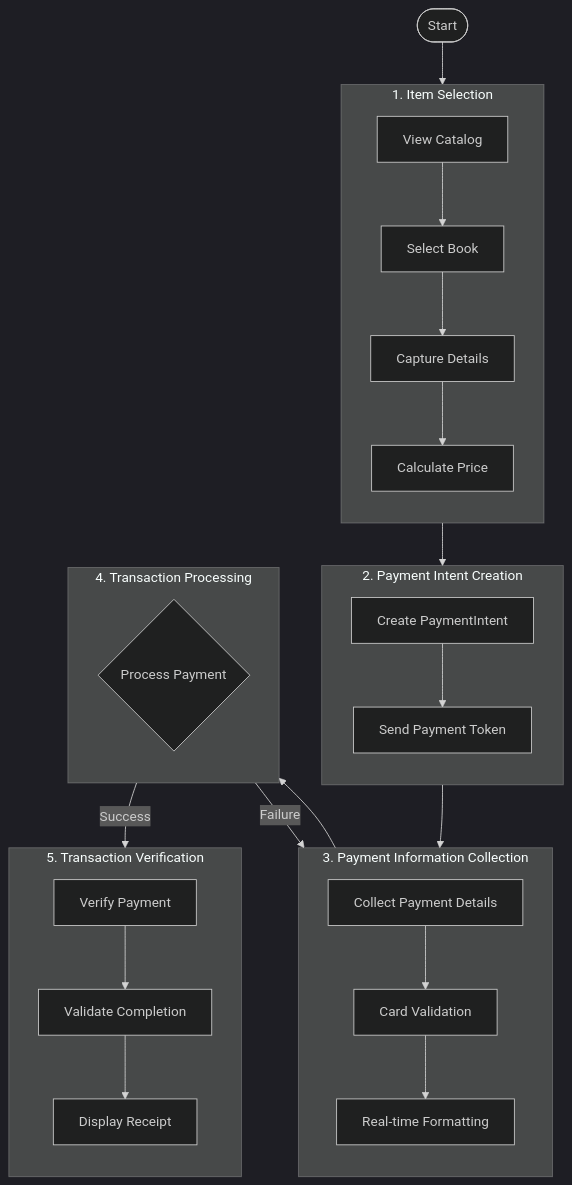
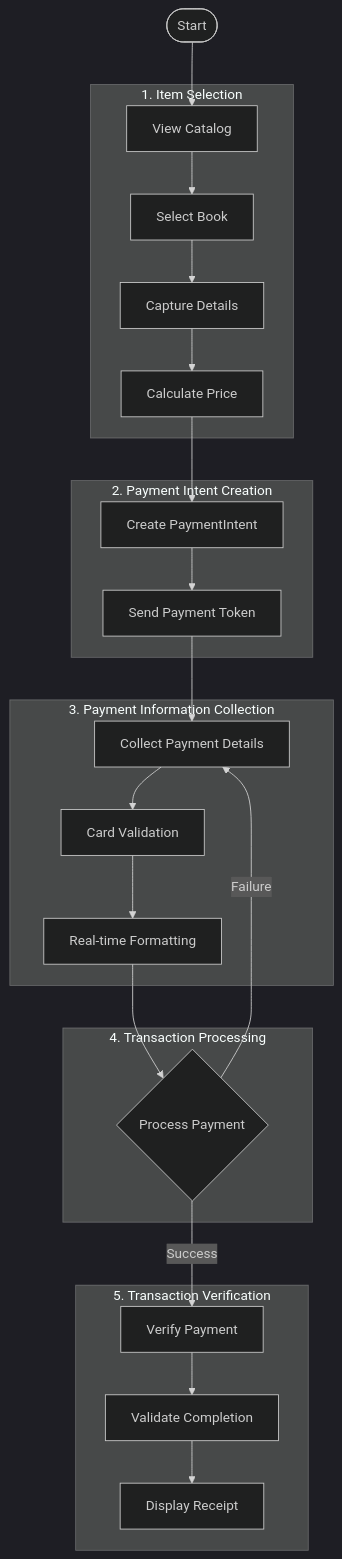
One commit to therealkevops/sa-thp-solution changed the diagram in README.md. Above: the diagram before and after it, drawn with Mermaid (dark theme).

Commit message:
minor edits

````diff
--- a/README.md
+++ b/README.md
@@ -65,50 +65,37 @@
 ```mermaid
 flowchart TB
     A([Start]) --> B1[View Catalog]
     B1 --> B2[Select Book]
     B2 --> B3[Capture Details]
     B3 --> B4[Calculate Price]
     B4 --> C[Create PaymentIntent]
     C --> D[Send Payment Token]
     D --> E[Collect Payment Details]
     E --> E1[Card Validation]
     E1 --> E2[Real-time Formatting]
     E2 --> F{Process Payment}
     F -->|Success| G[Verify Payment]
     F -->|Failure| E
     G --> G1[Validate Completion]
     G1 --> G2[Display Receipt]
 
-    subgraph "1. Item Selection"
-        direction TB
-        B1
-        B2
-        B3
-        B4
+    subgraph Selection[1. Item Selection]
+        B1 & B2 & B3 & B4
     end
 
-    subgraph "2. Payment Intent Creation"
-        direction TB
-        C
-        D
+    subgraph Intent[2. Payment Intent Creation]
+        C & D
     end
 
-    subgraph "3. Payment Information Collection"
-        direction TB
-        E
-        E1
-        E2
+    subgraph Collection[3. Payment Information Collection]
+        E & E1 & E2
     end
 
-    subgraph "4. Transaction Processing"
-        direction TB
+    subgraph Processing[4. Transaction Processing]
         F
     end
 
-    subgraph "5. Transaction Verification"
-        direction TB
-        G
-        G1
-        G2
+    subgraph Verification[5. Transaction Verification]
+        G & G1 & G2
     end
 ```
````
